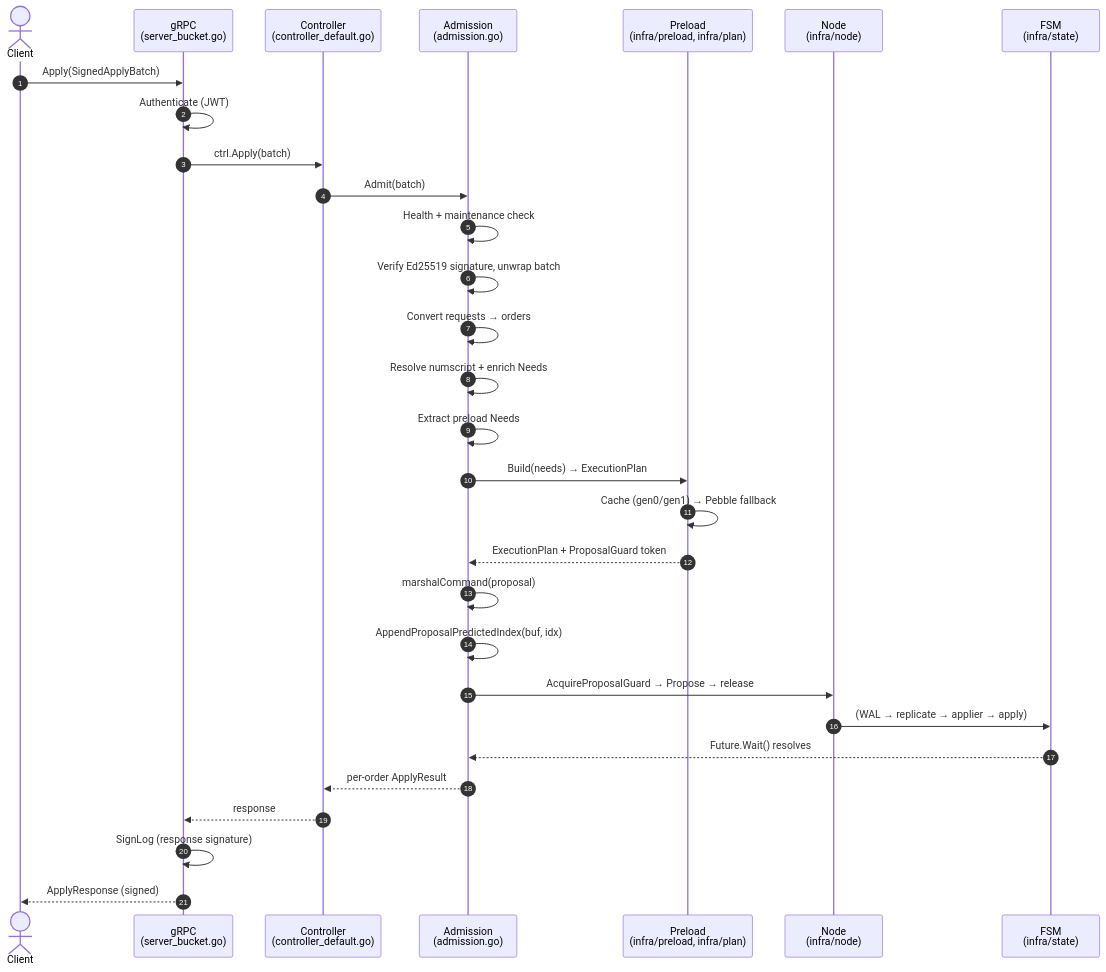
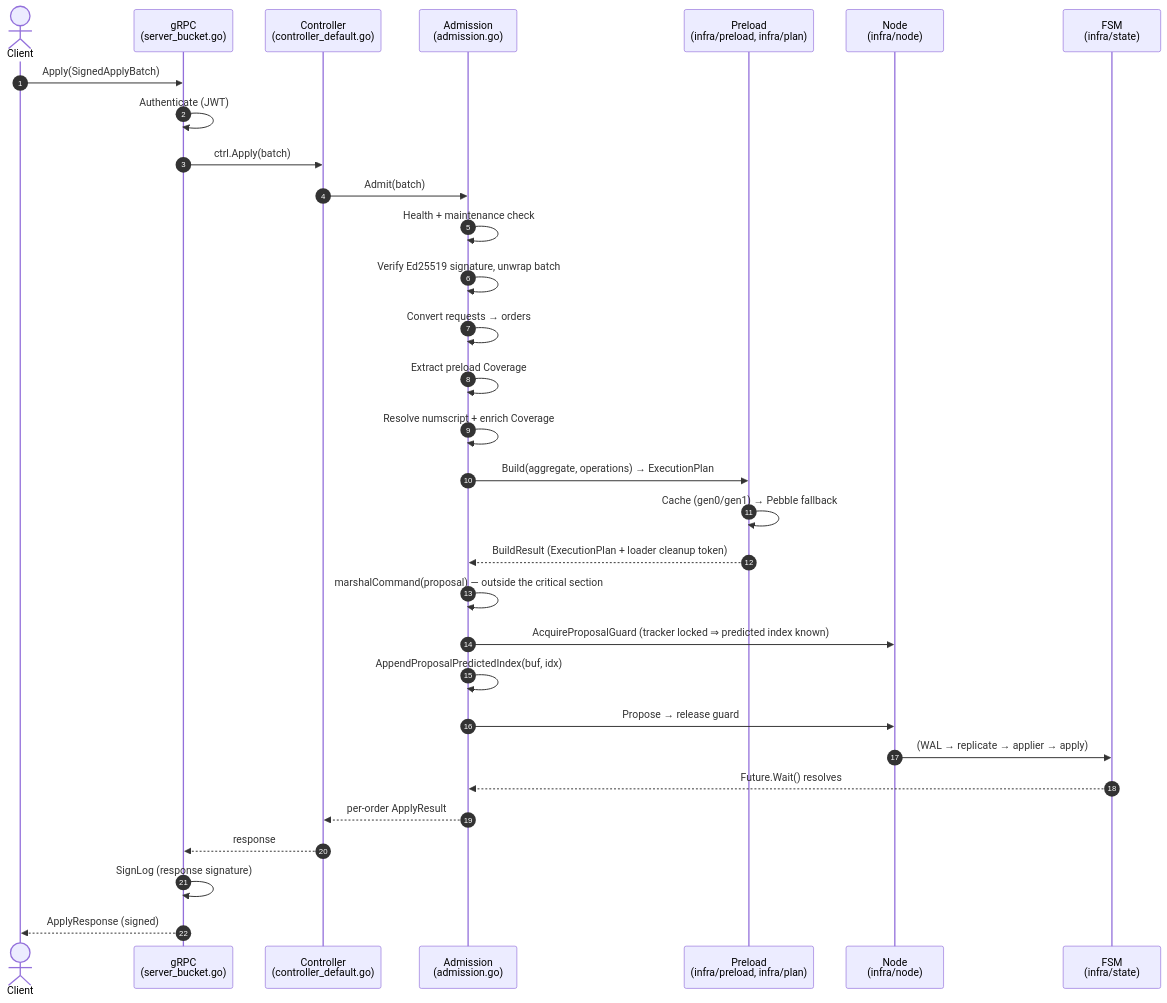
The diagram in docs/technical/architecture/subsystems/admission/pipeline.md (formancehq/ledger), drawn with Mermaid before and after one commit. The commit also changed other lines of this file and 15 other files, not shown here.

First line of the commit message:
docs(EN-1565): update preload documentation after the Coverage refactor (#1648)

````diff
--- a/docs/technical/architecture/subsystems/admission/pipeline.md
+++ b/docs/technical/architecture/subsystems/admission/pipeline.md
@@ -9,33 +9,34 @@
 ```mermaid
 sequenceDiagram
     autonumber
     actor C as Client
     participant G as gRPC<br/>(server_bucket.go)
     participant Ctrl as Controller<br/>(controller_default.go)
     participant A as Admission<br/>(admission.go)
     participant Pre as Preload<br/>(infra/preload, infra/plan)
     participant N as Node<br/>(infra/node)
     participant FSM as FSM<br/>(infra/state)
 
     C->>G: Apply(SignedApplyBatch)
     G->>G: Authenticate (JWT)
     G->>Ctrl: ctrl.Apply(batch)
     Ctrl->>A: Admit(batch)
     A->>A: Health + maintenance check
     A->>A: Verify Ed25519 signature, unwrap batch
     A->>A: Convert requests → orders
-    A->>A: Resolve numscript + enrich Needs
-    A->>A: Extract preload Needs
-    A->>Pre: Build(needs) → ExecutionPlan
+    A->>A: Extract preload Coverage
+    A->>A: Resolve numscript + enrich Coverage
+    A->>Pre: Build(aggregate, operations) → ExecutionPlan
     Pre->>Pre: Cache (gen0/gen1) → Pebble fallback
-    Pre-->>A: ExecutionPlan + ProposalGuard token
-    A->>A: marshalCommand(proposal)
+    Pre-->>A: BuildResult (ExecutionPlan + loader cleanup token)
+    A->>A: marshalCommand(proposal) — outside the critical section
+    A->>N: AcquireProposalGuard (tracker locked ⇒ predicted index known)
     A->>A: AppendProposalPredictedIndex(buf, idx)
-    A->>N: AcquireProposalGuard → Propose → release
+    A->>N: Propose → release guard
     N->>FSM: (WAL → replicate → applier → apply)
     FSM-->>A: Future.Wait() resolves
     A-->>Ctrl: per-order ApplyResult
     Ctrl-->>G: response
     G->>G: SignLog (response signature)
     G-->>C: ApplyResponse (signed)
 ```
````
